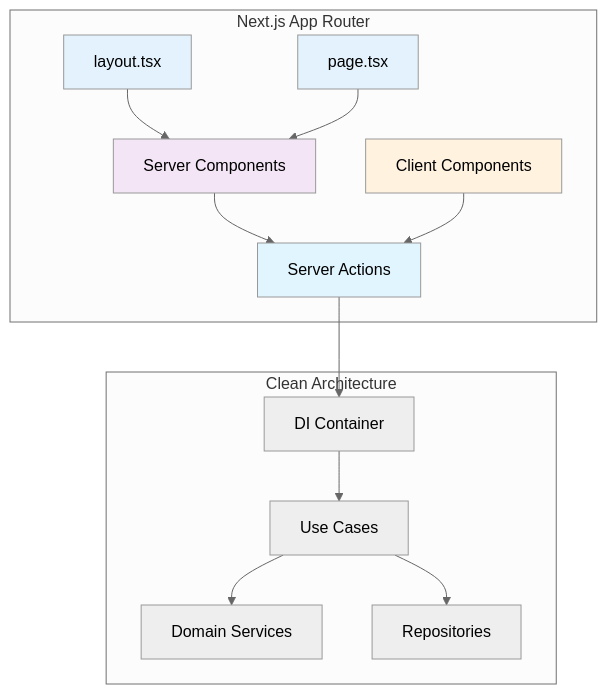
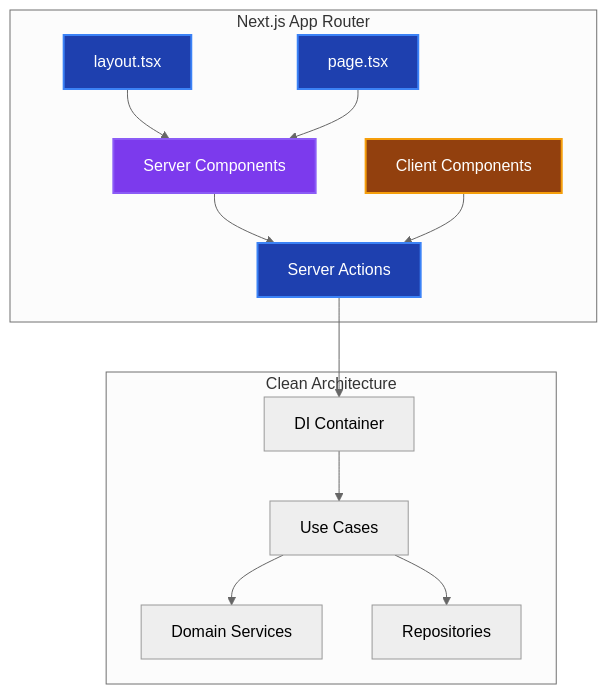
Before and after one commit to derushio/d-next-ddd-example: the first of 2 diagrams in _DOCS/guides/nextjs-integration-patterns.md, drawn with Mermaid (neutral theme). The commit also changed other lines of this file and 31 other files, not shown here.

Commit message:
🎨: DOCSのMermaid図表カラーテーマを暗色に統一し視認性を向上

````diff
--- a/_DOCS/guides/nextjs-integration-patterns.md
+++ b/_DOCS/guides/nextjs-integration-patterns.md
@@ -11,32 +11,32 @@
 ```mermaid
 graph TD
     subgraph "Next.js App Router"
         LAYOUT[layout.tsx]
         PAGE[page.tsx]
         SA[Server Actions]
         CC[Client Components]
         SC[Server Components]
     end
     
     subgraph "Clean Architecture"
         UC[Use Cases]
         DS[Domain Services]
         REPO[Repositories]
         DI[DI Container]
     end
     
     LAYOUT --> SC
     PAGE --> SC
     SC --> SA
     CC --> SA
     SA --> DI
     DI --> UC
     UC --> DS
     UC --> REPO
     
-    style LAYOUT fill:#e3f2fd
-    style PAGE fill:#e3f2fd
-    style SA fill:#e1f5fe
-    style CC fill:#fff3e0
-    style SC fill:#f3e5f5
+    style LAYOUT fill:#1e40af,stroke:#3b82f6,stroke-width:2px,color:#ffffff
+    style PAGE fill:#1e40af,stroke:#3b82f6,stroke-width:2px,color:#ffffff
+    style SA fill:#1e40af,stroke:#3b82f6,stroke-width:2px,color:#ffffff
+    style CC fill:#92400e,stroke:#f59e0b,stroke-width:2px,color:#ffffff
+    style SC fill:#7c3aed,stroke:#8b5cf6,stroke-width:2px,color:#ffffff
 ```
````
